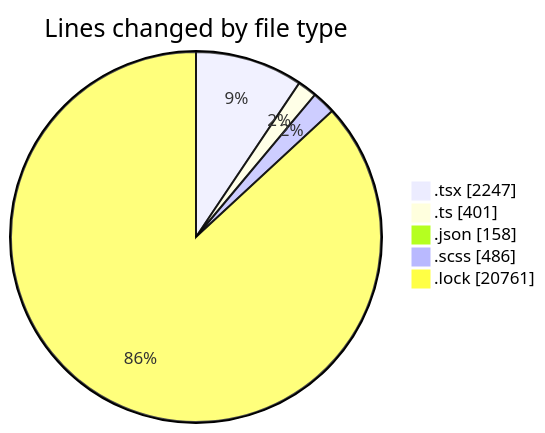
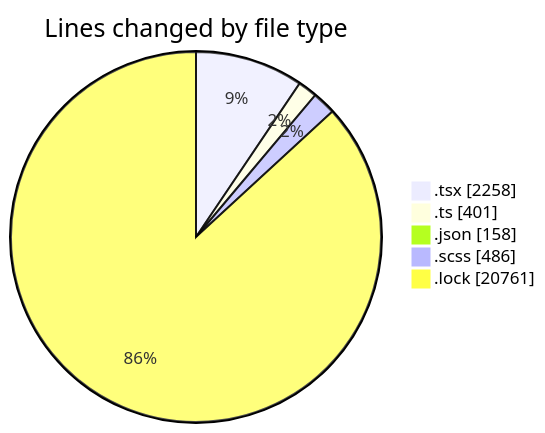
One commit to momahboobian/code-tracking changed the first of 2 diagrams in 2025-04-29/cda/README.md. Above: the diagram before and after it, drawn with Mermaid. The commit also changed other lines of this file and 1 other file, not shown here.

````diff
--- a/2025-04-29/cda/README.md
+++ b/2025-04-29/cda/README.md
@@ -43,9 +43,9 @@
 ```mermaid
 pie showData
 title Lines changed by file type
-".tsx" : 2247
+".tsx" : 2258
 ".ts" : 401
 ".json" : 158
 ".scss" : 486
 ".lock" : 20761
 ```
````
